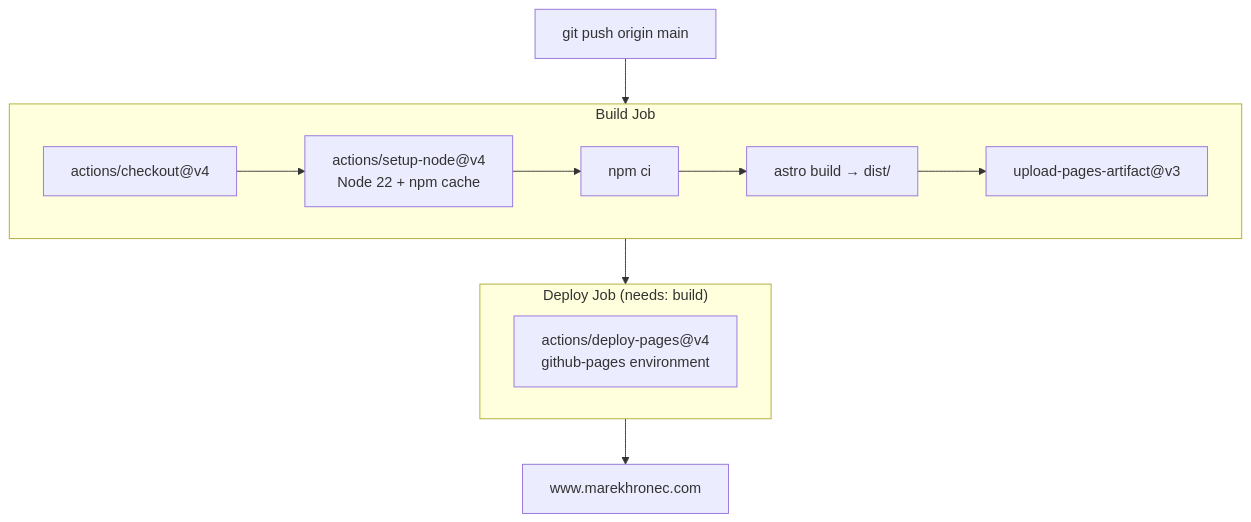
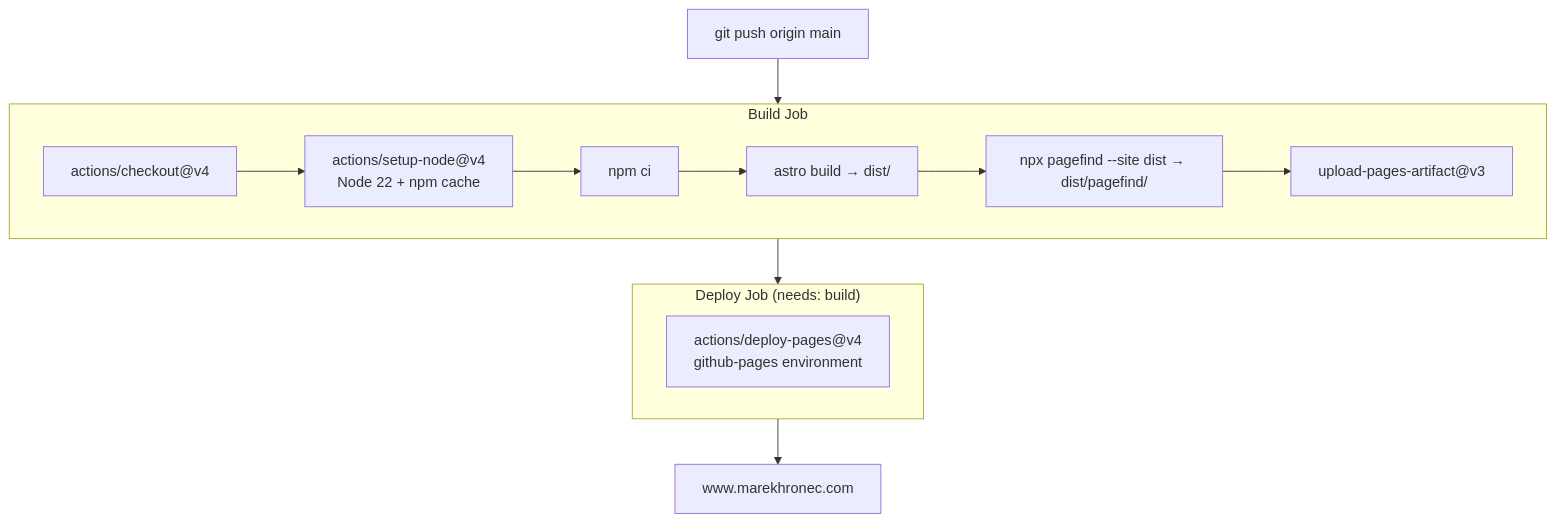
The second of 2 diagrams in docs/ARCHITECTURE.md (MarekHronec/marek-hronec-web), drawn with Mermaid before and after one commit. The commit also changed other lines of this file and 25 other files, not shown here.

````diff
--- a/docs/ARCHITECTURE.md
+++ b/docs/ARCHITECTURE.md
@@ -415,19 +416,20 @@
 ```mermaid
 flowchart TD
     Push["git push origin main"] --> Build
 
     subgraph Build["Build Job"]
         B1["actions/checkout@v4"] --> B2["actions/setup-node@v4\nNode 22 + npm cache"]
         B2 --> B3["npm ci"]
         B3 --> B4["astro build → dist/"]
-        B4 --> B5["upload-pages-artifact@v3"]
+        B4 --> B4b["npx pagefind --site dist → dist/pagefind/"]
+        B4b --> B5["upload-pages-artifact@v3"]
     end
 
     Build --> Deploy
 
     subgraph Deploy["Deploy Job (needs: build)"]
         D1["actions/deploy-pages@v4\ngithub-pages environment"]
     end
 
     Deploy --> Live["www.marekhronec.com"]
 ```
````
